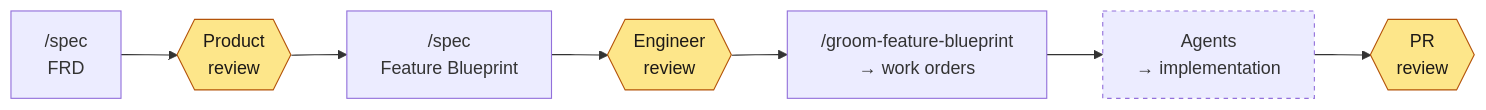
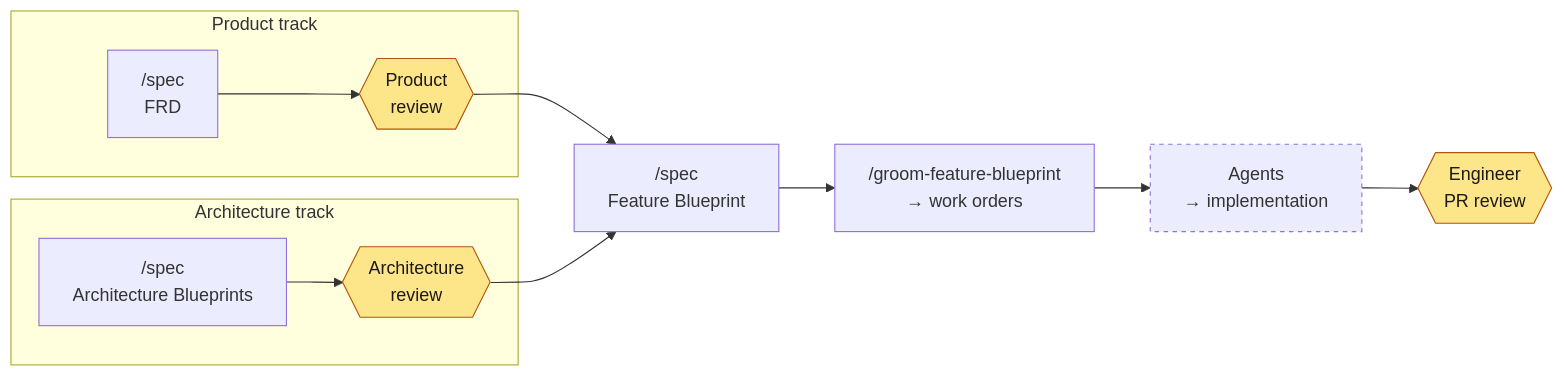
One commit to brettcallaghan/specs changed the diagram in README.md. Above: the diagram before and after it, drawn with Mermaid. The commit also changed other lines of this file, not shown here.

First line of the commit message:
Revise the README from Brett's review comments

````diff
--- a/README.md
+++ b/README.md
@@ -51,14 +56,19 @@
 ```mermaid
 flowchart LR
-    A["/spec<br/>FRD"] --> B{{"Product<br/>review"}}
+    subgraph product["Product track"]
+        A["/spec<br/>FRD"] --> B{{"Product<br/>review"}}
+    end
+    subgraph architecture["Architecture track"]
+        H["/spec<br/>Architecture Blueprints"] --> I{{"Architecture<br/>review"}}
+    end
     B --> C["/spec<br/>Feature Blueprint"]
-    C --> D{{"Engineer<br/>review"}}
-    D --> E["/groom-feature-blueprint<br/>→ work orders"]
+    I --> C
+    C --> E["/groom-feature-blueprint<br/>→ work orders"]
     E --> F["Agents<br/>→ implementation"]
-    F --> G{{"PR<br/>review"}}
+    F --> G{{"Engineer<br/>PR review"}}
 
     style B fill:#fde68a,stroke:#b45309,color:#1c1917
-    style D fill:#fde68a,stroke:#b45309,color:#1c1917
+    style I fill:#fde68a,stroke:#b45309,color:#1c1917
     style G fill:#fde68a,stroke:#b45309,color:#1c1917
     style F stroke-dasharray: 4 4
 ```
````
